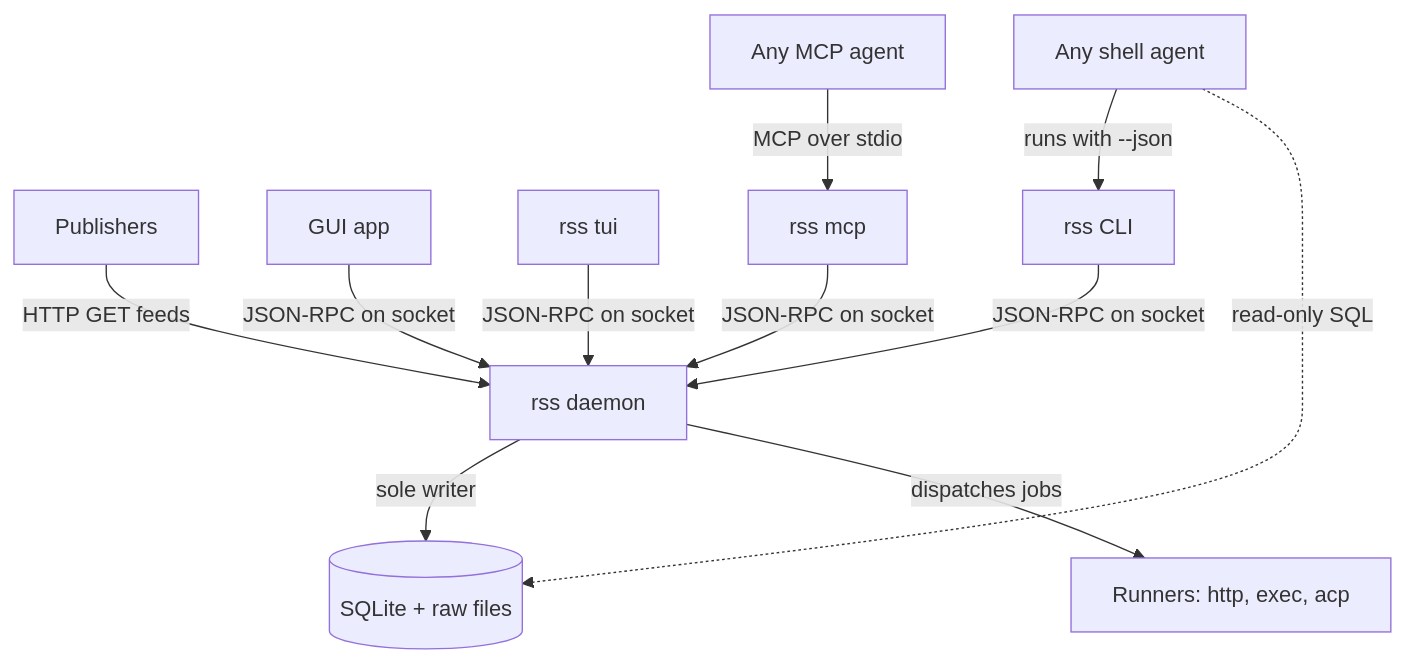
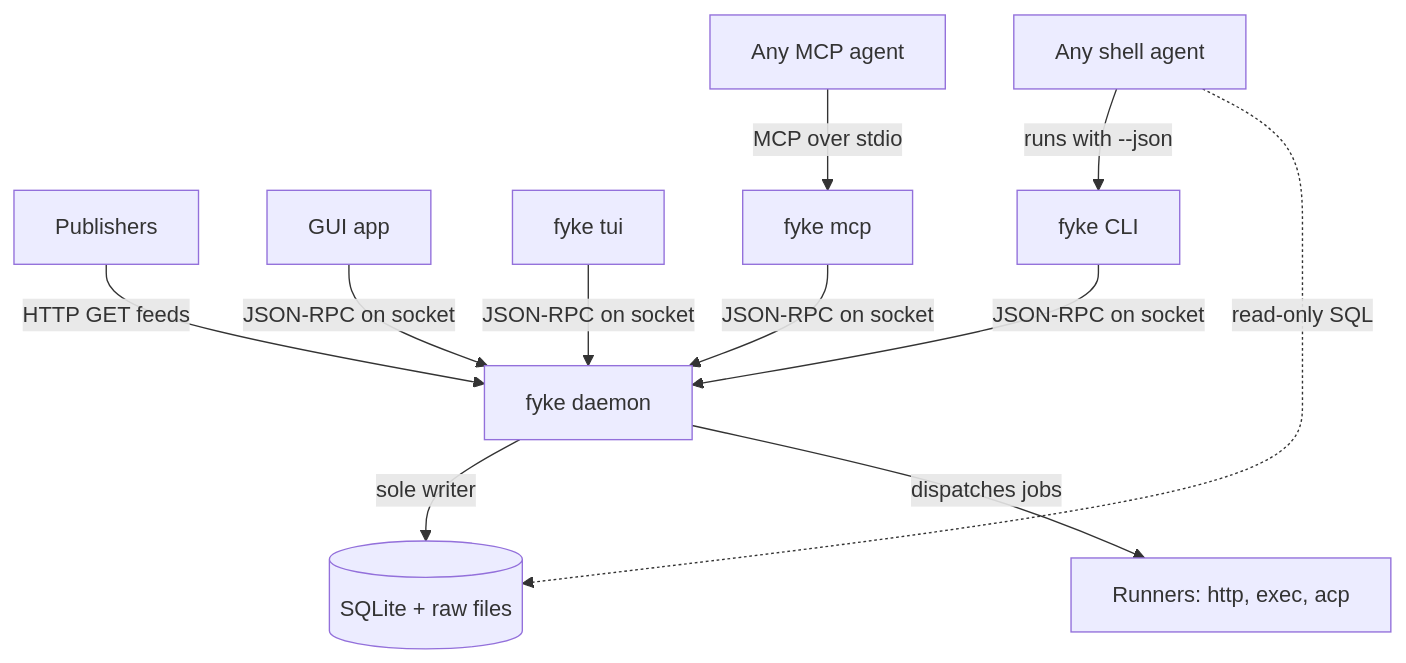
The diagram in docs/diagrams/system.mmd (CinematicGenius007/fyke), drawn with Mermaid before and after one commit. The commit also changed 72 other files, not shown here.

```diff
--- a/docs/diagrams/system.mmd
+++ b/docs/diagrams/system.mmd
@@ -1,11 +1,11 @@
 flowchart TB
   web[Publishers] -->|HTTP GET feeds| daemon
   gui[GUI app] -->|JSON-RPC on socket| daemon
-  tui[rss tui] -->|JSON-RPC on socket| daemon
-  cli[rss CLI] -->|JSON-RPC on socket| daemon
-  shim[rss mcp] -->|JSON-RPC on socket| daemon
+  tui[fyke tui] -->|JSON-RPC on socket| daemon
+  cli[fyke CLI] -->|JSON-RPC on socket| daemon
+  shim[fyke mcp] -->|JSON-RPC on socket| daemon
   agent[Any MCP agent] -->|MCP over stdio| shim
   shell[Any shell agent] -->|runs with --json| cli
-  daemon[rss daemon] -->|sole writer| db[(SQLite + raw files)]
+  daemon[fyke daemon] -->|sole writer| db[(SQLite + raw files)]
   daemon -->|dispatches jobs| runners[Runners: http, exec, acp]
   shell -.->|read-only SQL| db
```
